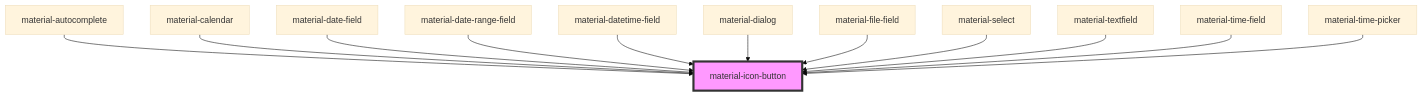
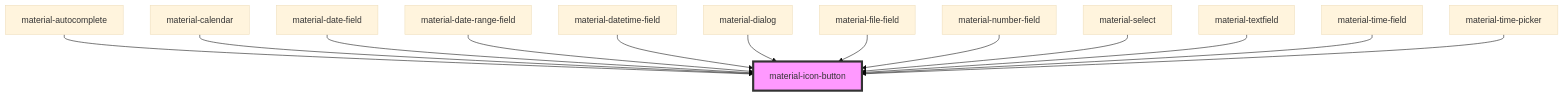
The diagram in src/components/material-icon-button/readme.md (RobustaRush/material), drawn with Mermaid (base theme) before and after one commit. The commit also changed other lines of this file and 35 other files, not shown here.

First line of the commit message:
feat: pagination, number/masked fields, rich-text, breadcrumbs, avatar, command palette + REVIEW.md roadmap

````diff
--- a/src/components/material-icon-button/readme.md
+++ b/src/components/material-icon-button/readme.md
@@ -66,15 +67,16 @@
 ```mermaid
 graph TD;
   material-autocomplete --> material-icon-button
   material-calendar --> material-icon-button
   material-date-field --> material-icon-button
   material-date-range-field --> material-icon-button
   material-datetime-field --> material-icon-button
   material-dialog --> material-icon-button
   material-file-field --> material-icon-button
+  material-number-field --> material-icon-button
   material-select --> material-icon-button
   material-textfield --> material-icon-button
   material-time-field --> material-icon-button
   material-time-picker --> material-icon-button
   style material-icon-button fill:#f9f,stroke:#333,stroke-width:4px
 ```
````
